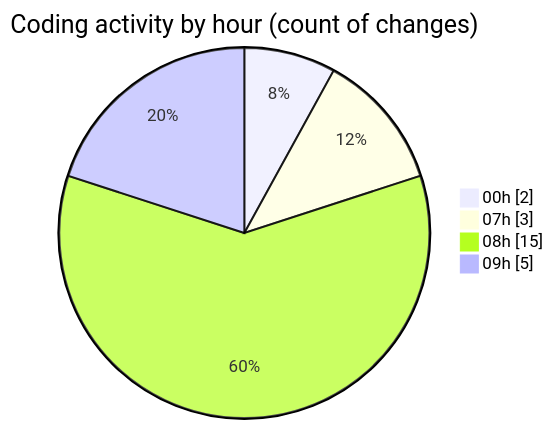
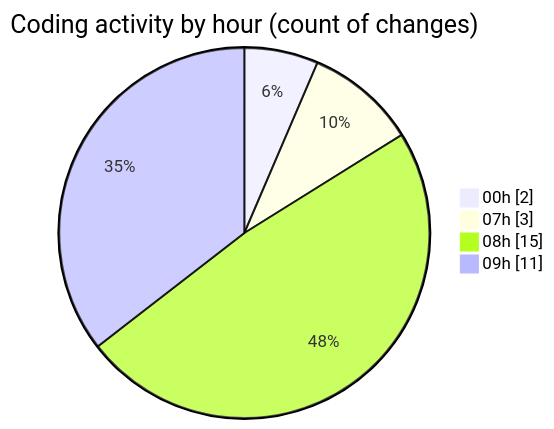
Before and after one commit to donsfak/code-tracking: the second of 2 diagrams in 2025-02-10/maps_clone/README.md, drawn with Mermaid. The commit also changed other lines of this file and 1 other file, not shown here.

````diff
--- a/2025-02-10/maps_clone/README.md
+++ b/2025-02-10/maps_clone/README.md
@@ -34,8 +36,8 @@
 ```mermaid
 pie showData
 title Coding activity by hour (count of changes)
 "00h" : 2
 "07h" : 3
 "08h" : 15
-"09h" : 5
+"09h" : 11
 ```
````
